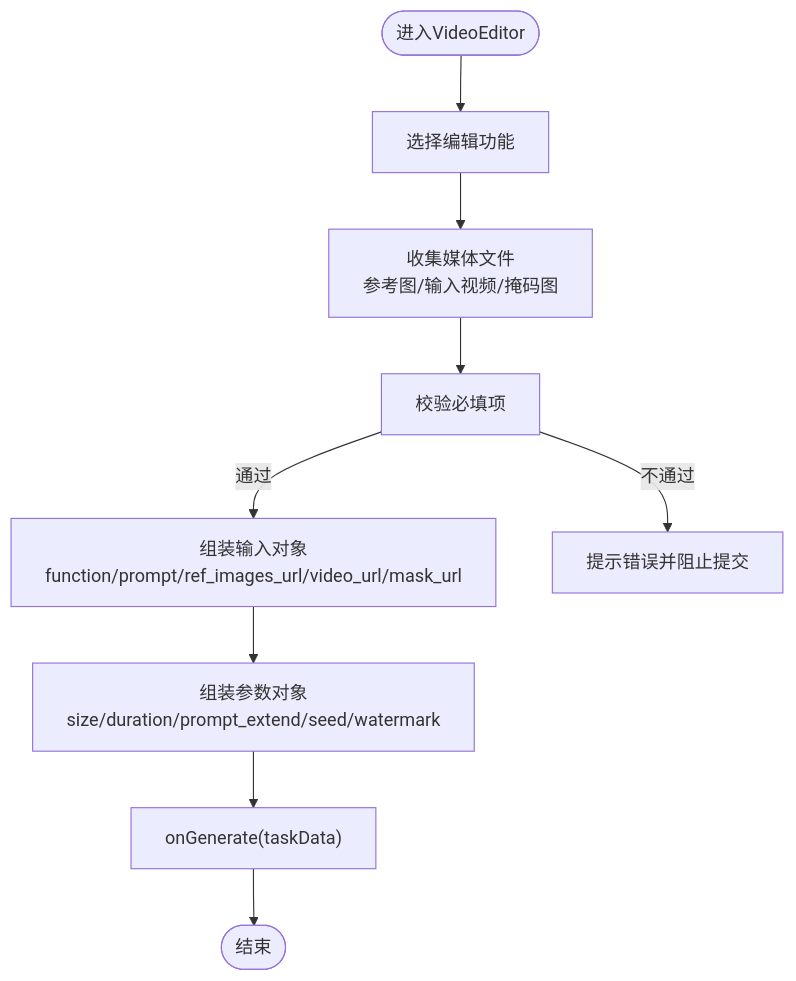
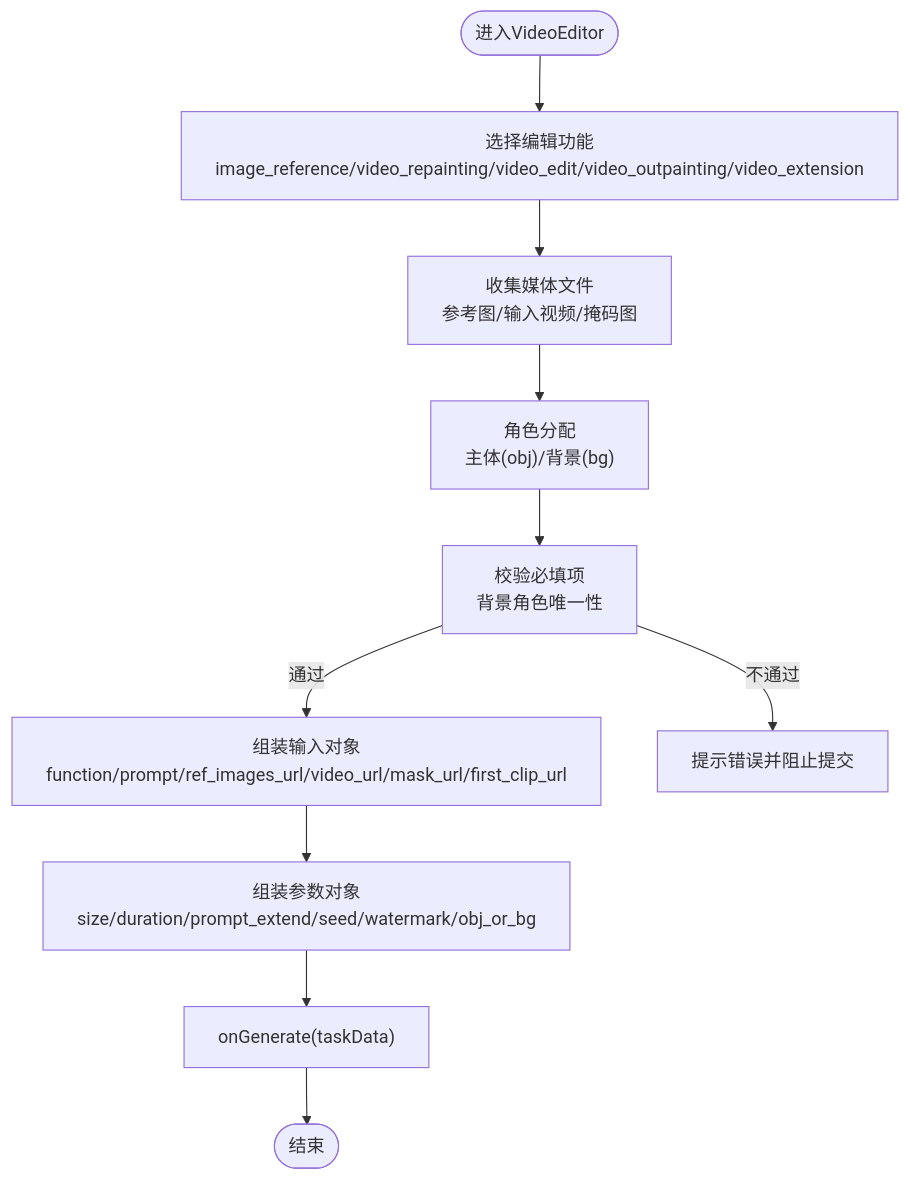
The third of 8 diagrams in .qoder/repowiki/zh/content/架构设计/组件架构/生成器组件/媒体编辑器.md (alex0001yyy/wan-app), drawn with Mermaid before and after one commit. The commit also changed other lines of this file and 35 other files, not shown here.

````diff
--- a/.qoder/repowiki/zh/content/架构设计/组件架构/生成器组件/媒体编辑器.md
+++ b/.qoder/repowiki/zh/content/架构设计/组件架构/生成器组件/媒体编辑器.md
@@ -169,11 +186,12 @@
 ```mermaid
 flowchart TD
-Start(["进入VideoEditor"]) --> SelectFunc["选择编辑功能"]
+Start(["进入VideoEditor"]) --> SelectFunc["选择编辑功能<br/>image_reference/video_repainting/video_edit/video_outpainting/video_extension"]
 SelectFunc --> CollectFiles["收集媒体文件<br/>参考图/输入视频/掩码图"]
-CollectFiles --> Validate["校验必填项"]
-Validate --> |通过| BuildInput["组装输入对象<br/>function/prompt/ref_images_url/video_url/mask_url"]
+CollectFiles --> RoleAssign["角色分配<br/>主体(obj)/背景(bg)"]
+RoleAssign --> Validate["校验必填项<br/>背景角色唯一性"]
+Validate --> |通过| BuildInput["组装输入对象<br/>function/prompt/ref_images_url/video_url/mask_url/first_clip_url"]
 Validate --> |不通过| Alert["提示错误并阻止提交"]
-BuildInput --> BuildParams["组装参数对象<br/>size/duration/prompt_extend/seed/watermark"]
+BuildInput --> BuildParams["组装参数对象<br/>size/duration/prompt_extend/seed/watermark/obj_or_bg"]
 BuildParams --> Submit["onGenerate(taskData)"]
 Submit --> End(["结束"])
 ```
````
